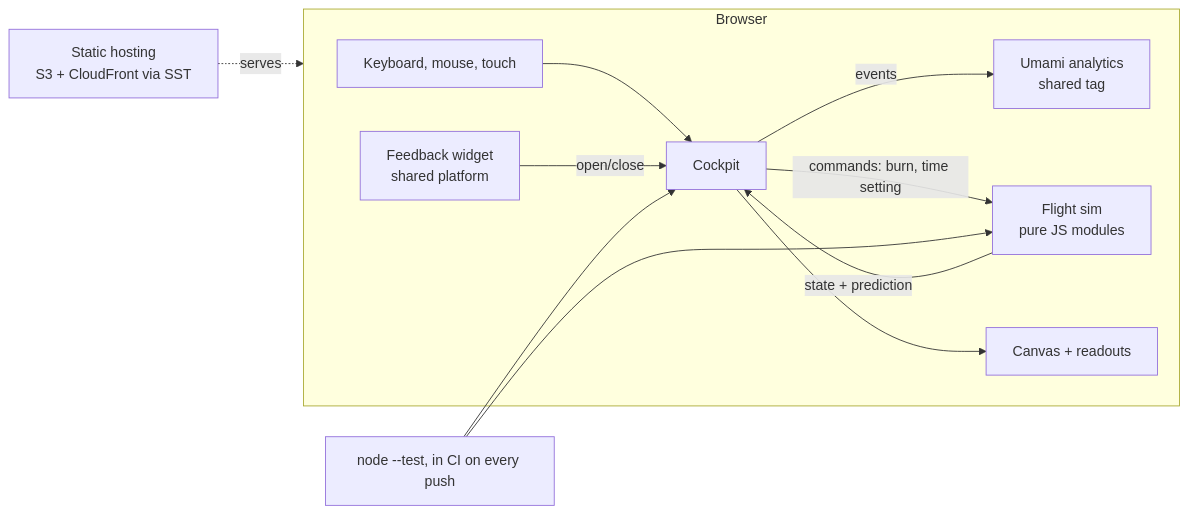
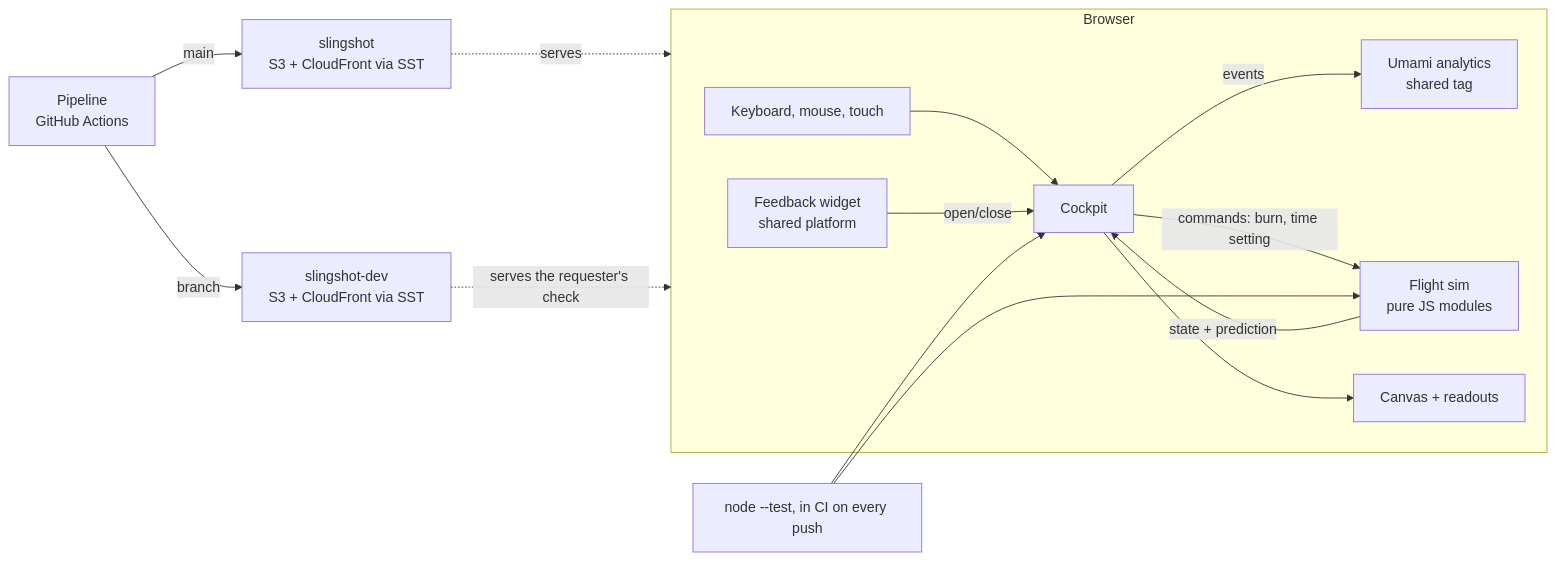
The diagram in docs/high-level-design.md (andreizimin/slingshot), drawn with Mermaid before and after one commit. The commit also changed other lines of this file and 44 other files, not shown here.

First line of the commit message:
CO-001: dev environment, change orders, CI/CD pipeline and LID finalized (ZZF-89)

````diff
--- a/docs/high-level-design.md
+++ b/docs/high-level-design.md
@@ -61,14 +61,17 @@
 ```mermaid
 flowchart LR
   subgraph Browser
     Input[Keyboard, mouse, touch] --> Cockpit
     Cockpit -- events --> Umami[Umami analytics\nshared tag]
     Feedback[Feedback widget\nshared platform] -- open/close --> Cockpit
     Cockpit -- commands: burn, time setting --> Sim[Flight sim\npure JS modules]
     Sim -- state + prediction --> Cockpit
     Cockpit --> Canvas[Canvas + readouts]
   end
   Tests[node --test, in CI on every push] --> Sim
   Tests --> Cockpit
-  Hosting[Static hosting\nS3 + CloudFront via SST] -. serves .-> Browser
+  Pipeline[Pipeline\nGitHub Actions] -- branch --> Dev[slingshot-dev\nS3 + CloudFront via SST]
+  Pipeline -- main --> Prod[slingshot\nS3 + CloudFront via SST]
+  Prod -. serves .-> Browser
+  Dev -. serves the requester's check .-> Browser
 ```
````
